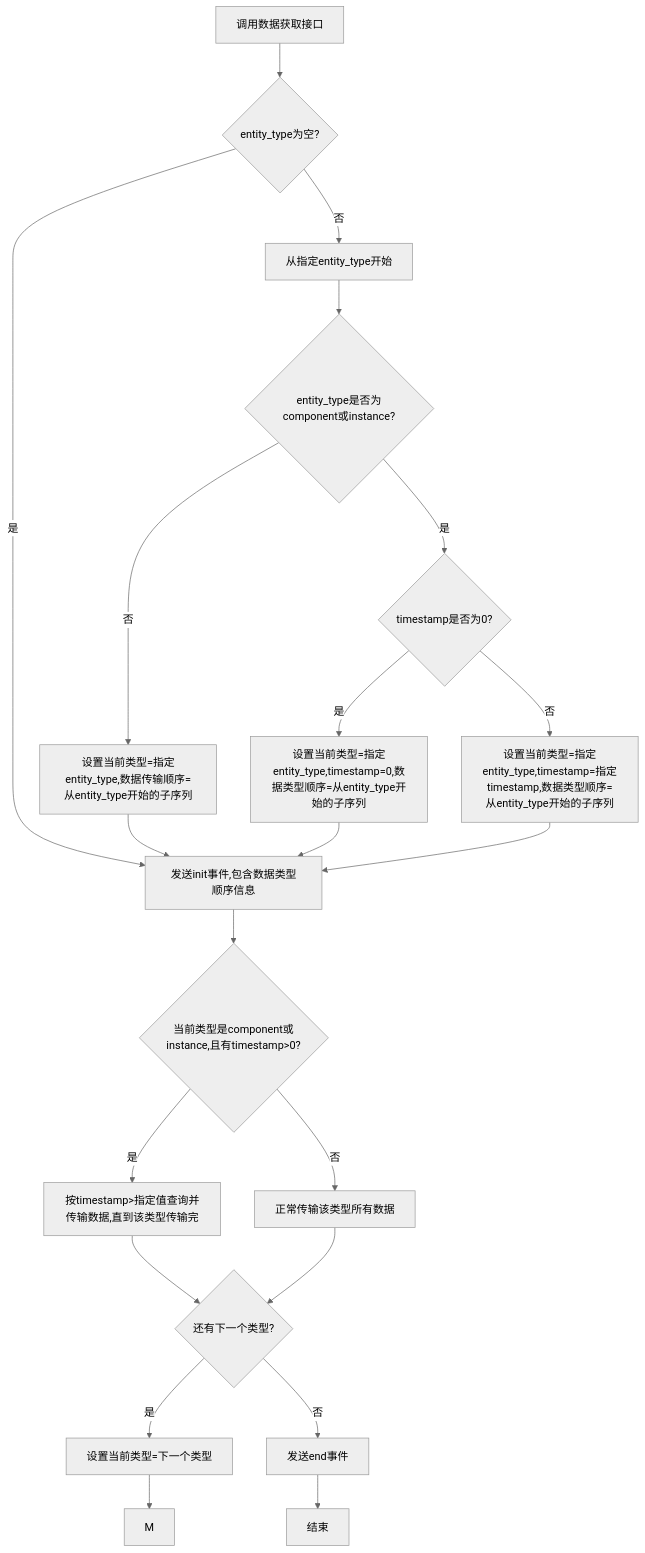
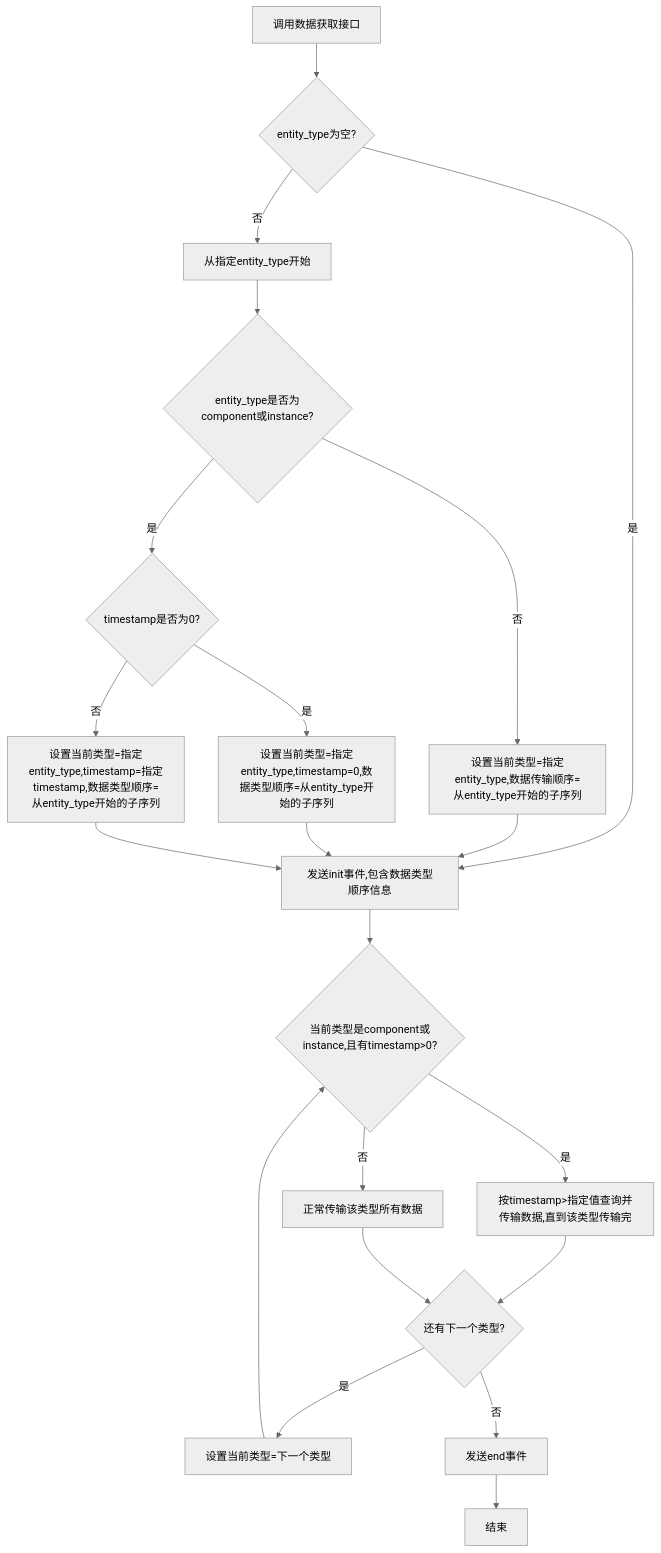
Before and after one commit to yingjianzh/iodraw-files: the diagram in all/未命名-59.md, drawn with Mermaid (neutral theme).

Commit message:
2025-05-14 15:44:37 update

````diff
--- a/all/未命名-59.md
+++ b/all/未命名-59.md
@@ -1,33 +1,33 @@
 ```mermaid
 flowchart TD
     A[调用数据获取接口] --> B{entity_type为空?}
 
     B -->|是| K[发送init事件,包含数据类型顺序信息]
     B -->|否| D[从指定entity_type开始]
     
     D --> F{entity_type是否为component或instance?}
     
     F -->|否| G[设置当前类型=指定entity_type,数据传输顺序=从entity_type开始的子序列]
     F -->|是| H{timestamp是否为0?}
     
     H -->|是| I[设置当前类型=指定entity_type,timestamp=0,数据类型顺序=从entity_type开始的子序列]
     H -->|否| J[设置当前类型=指定entity_type,timestamp=指定timestamp,数据类型顺序=从entity_type开始的子序列]
     
     G --> K
     I --> K
     J --> K
     
    
     K --> P{当前类型是component或instance,且有timestamp>0?}
     P -->|是| Q[按timestamp>指定值查询并传输数据,直到该类型传输完]
     P -->|否| R[正常传输该类型所有数据]
     
     Q --> T{还有下一个类型?}
     R --> T
     
     T -->|是| U[设置当前类型=下一个类型]
     T -->|否| V[发送end事件]
     
-    U --> M
+    U --> P
     V --> W[结束]
 ```
````
